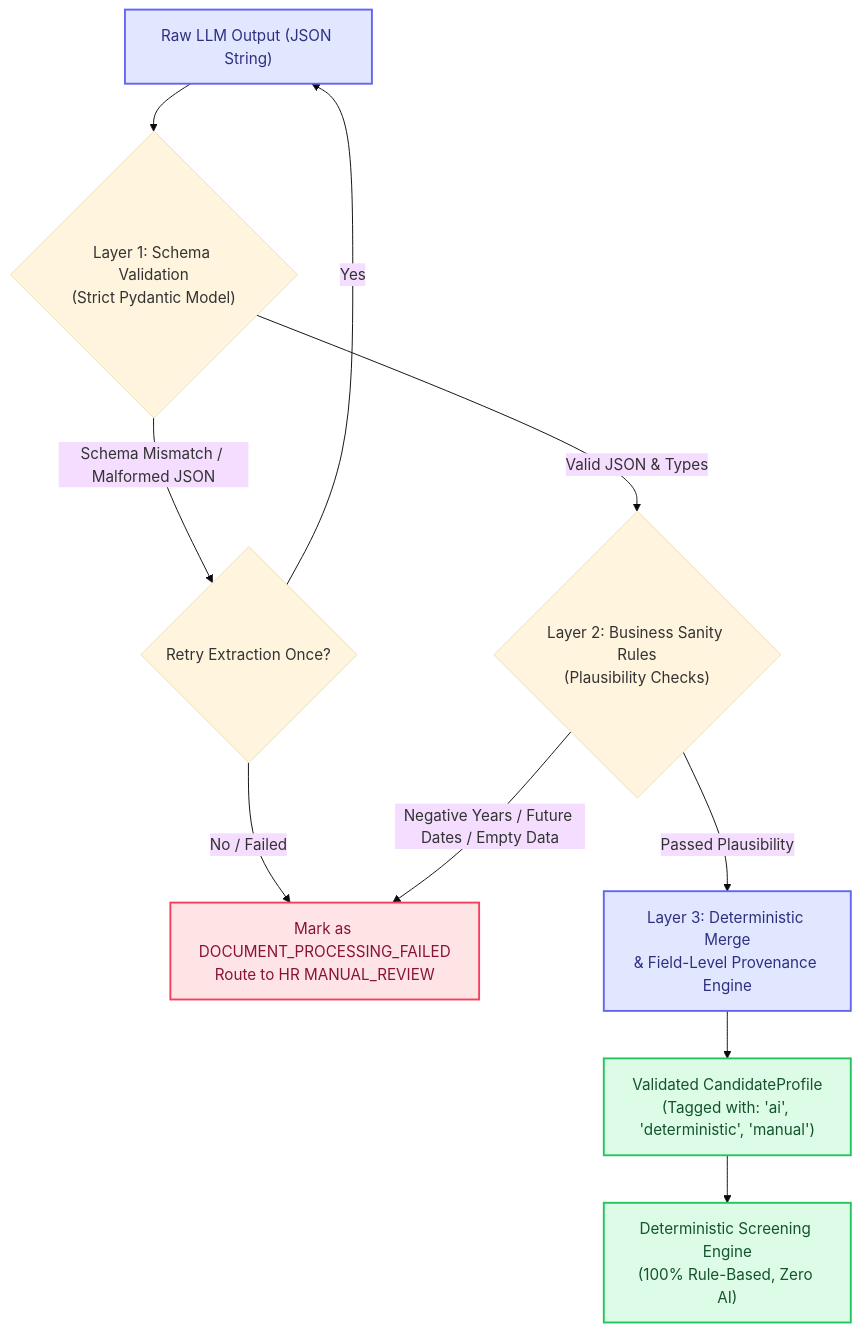
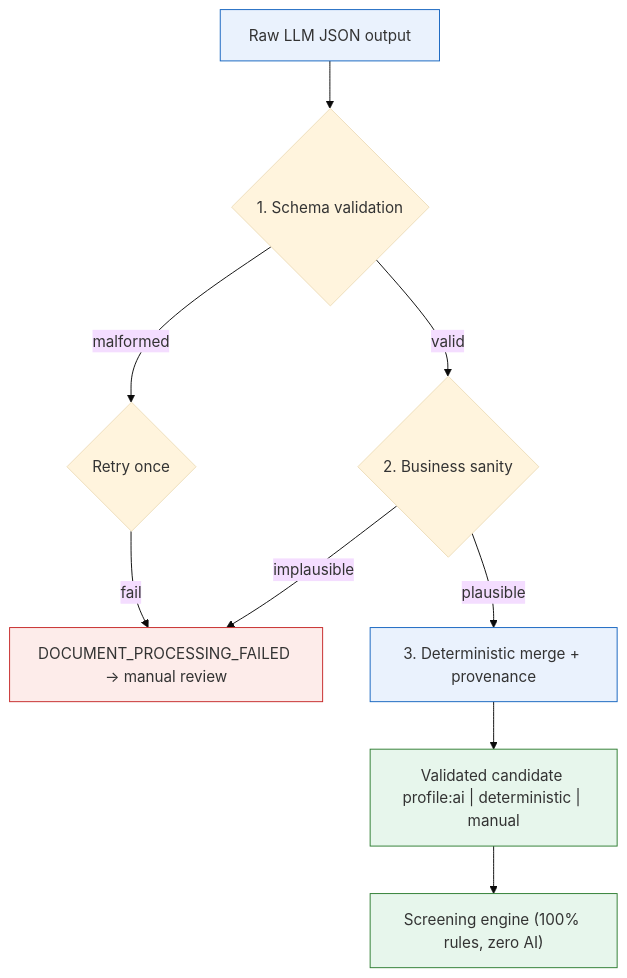
Before and after one commit to natasya744/AI-Assisted-HR-Recruitment-Screening-Platform: the fourth of 5 diagrams in DOCS/architecture.md, drawn with Mermaid (base theme). The commit also changed other lines of this file and 14 other files, not shown here.

Commit message:
refactor: restructure backend project and update documentation flow

````diff
--- a/DOCS/architecture.md
+++ b/DOCS/architecture.md
@@ -314,26 +211,18 @@
 ```mermaid
 flowchart TD
-    RAW["Raw LLM Output (JSON String)"] --> L1{"Layer 1: Schema Validation<br/>(Strict Pydantic Model)"}
-    
-    L1 -- "Schema Mismatch / Malformed JSON" --> RETRY{"Retry Extraction Once?"}
-    RETRY -- Yes --> RAW
-    RETRY -- No / Failed --> FAIL["Mark as DOCUMENT_PROCESSING_FAILED<br/>Route to HR MANUAL_REVIEW"]
-    
-    L1 -- "Valid JSON & Types" --> L2{"Layer 2: Business Sanity Rules<br/>(Plausibility Checks)"}
-    
-    L2 -- "Negative Years / Future Dates / Empty Data" --> FAIL
-    
-    L2 -- "Passed Plausibility" --> L3["Layer 3: Deterministic Merge<br/>& Field-Level Provenance Engine"]
-    
-    L3 --> PROFILE["Validated CandidateProfile<br/>(Tagged with: 'ai', 'deterministic', 'manual')"]
-    
-    PROFILE --> SCREEN["Deterministic Screening Engine<br/>(100% Rule-Based, Zero AI)"]
+    RAW["Raw LLM JSON output"] --> L1{1. Schema validation}
+    L1 -- malformed --> R{Retry once}
+    R -- fail --> FAIL["DOCUMENT_PROCESSING_FAILED → manual review"]
+    L1 -- valid --> L2{2. Business sanity}
+    L2 -- implausible --> FAIL
+    L2 -- plausible --> L3["3. Deterministic merge + provenance"]
+    L3 --> P["Validated candidate profile:ai | deterministic | manual"]
+    P --> S["Screening engine (100% rules, zero AI)"]
 
-    classDef success fill:#DCFCE7,stroke:#22C55E,stroke-width:2px,color:#14532D;
-    classDef failure fill:#FFE4E6,stroke:#F43F5E,stroke-width:2px,color:#881337;
-    classDef process fill:#E0E7FF,stroke:#6366F1,stroke-width:2px,color:#312E81;
-    
-    class PROFILE,SCREEN success;
-    class FAIL failure;
-    class RAW,L3 process;
+    classDef ok fill:#E7F6EC,stroke:#2E7D32;
+    classDef bad fill:#FDECEA,stroke:#C62828;
+    classDef proc fill:#EAF2FD,stroke:#1565C0;
+    class P,S ok;
+    class FAIL bad;
+    class RAW,L3 proc;
 ```
````
